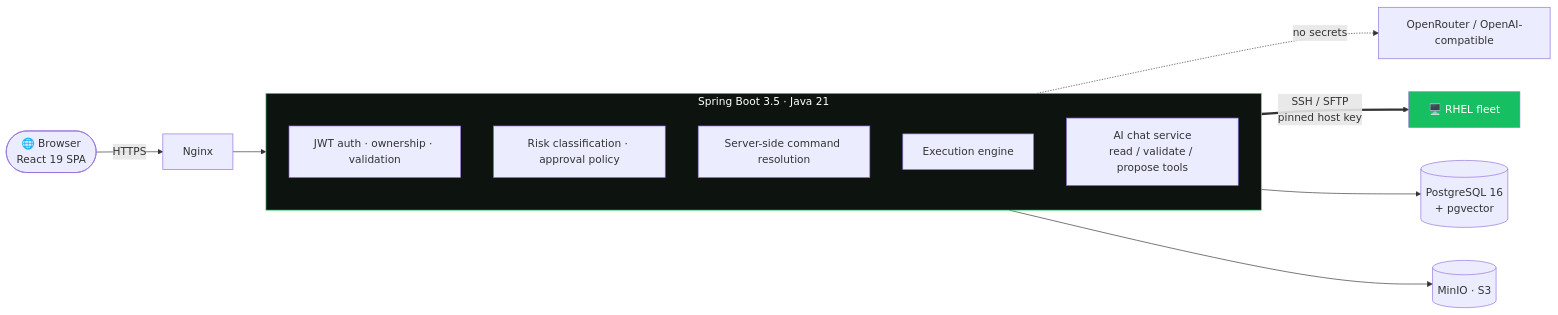
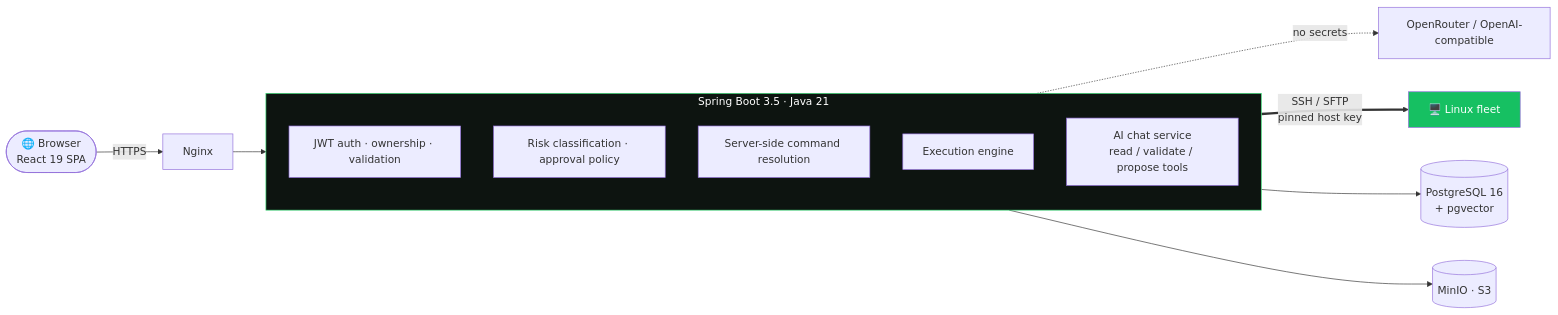
The second of 2 diagrams in README.md (ilayadmoni/AutoOps), drawn with Mermaid before and after one commit. The commit also changed other lines of this file and 3 other files, not shown here.

````diff
--- a/README.md
+++ b/README.md
@@ -121,22 +121,22 @@
 ```mermaid
 graph LR
     B([🌐 Browser<br/>React 19 SPA]) -->|HTTPS| N[Nginx]
     N --> A
 
     subgraph A[Spring Boot 3.5 · Java 21]
         direction TB
         SEC[JWT auth · ownership · validation]
         RISK[Risk classification · approval policy]
         RES[Server-side command resolution]
         ENG[Execution engine]
         AI[AI chat service<br/>read / validate / propose tools]
     end
 
     A --> PG[(PostgreSQL 16<br/>+ pgvector)]
     A --> S3[(MinIO · S3)]
     AI -.->|no secrets| LLM[OpenRouter / OpenAI-compatible]
-    ENG ==>|SSH / SFTP<br/>pinned host key| R[🖥️ RHEL fleet]
+    ENG ==>|SSH / SFTP<br/>pinned host key| R[🖥️ Linux fleet]
 
     style A fill:#0d1410,stroke:#3ee27a,color:#fff
     style R fill:#16c062,color:#fff
 ```
````
